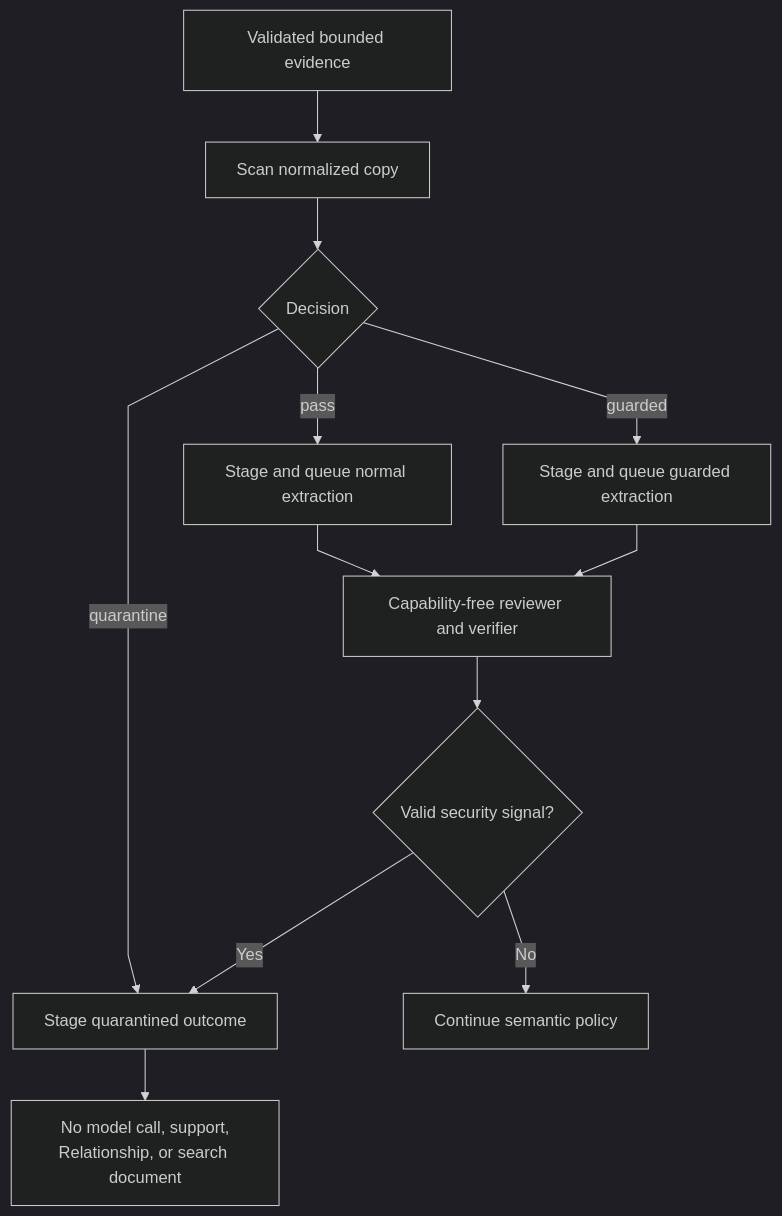
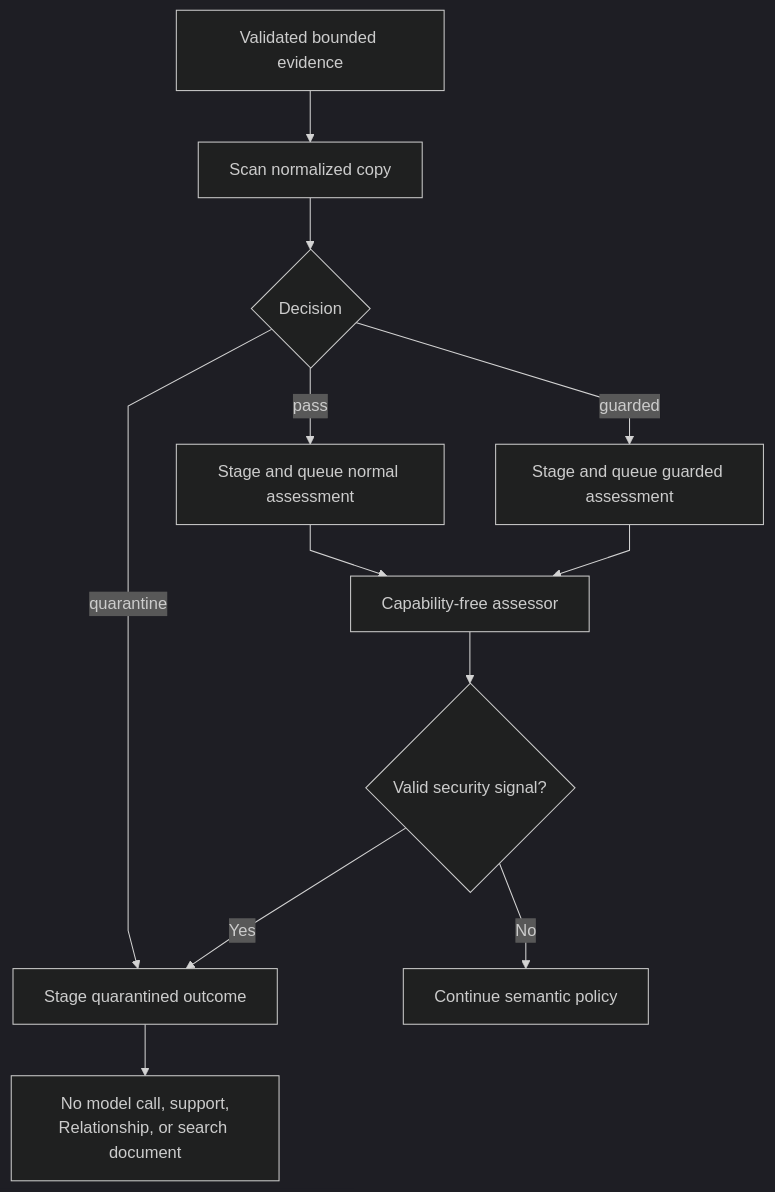
The fifth of 14 diagrams in Write-Pipeline.md (markhuangai/dense-mem), drawn with Mermaid (dark theme) before and after one commit. The commit also changed other lines of this file and 24 other files, not shown here.

Commit message:
Document V2.4 one-call placement architecture

````diff
--- a/Write-Pipeline.md
+++ b/Write-Pipeline.md
@@ -208,15 +207,15 @@
 ```mermaid
 %%{init: {"flowchart": {"curve": "linear"}}}%%
 flowchart TD
   Evidence["Validated bounded evidence"] --> Scan["Scan normalized copy"]
   Scan --> Decision{"Decision"}
-  Decision -- pass --> Queue["Stage and queue normal extraction"]
-  Decision -- guarded --> Guarded["Stage and queue guarded extraction"]
+  Decision -- pass --> Queue["Stage and queue normal assessment"]
+  Decision -- guarded --> Guarded["Stage and queue guarded assessment"]
   Decision -- quarantine --> Outcome["Stage quarantined outcome"]
   Outcome --> Stop["No model call, support,<br/>Relationship, or search document"]
-  Queue --> Models["Capability-free reviewer and verifier"]
-  Guarded --> Models
-  Models --> ModelSignal{"Valid security signal?"}
+  Queue --> Model["Capability-free assessor"]
+  Guarded --> Model
+  Model --> ModelSignal{"Valid security signal?"}
   ModelSignal -- Yes --> Outcome
   ModelSignal -- No --> Semantic["Continue semantic policy"]
 ```
````
